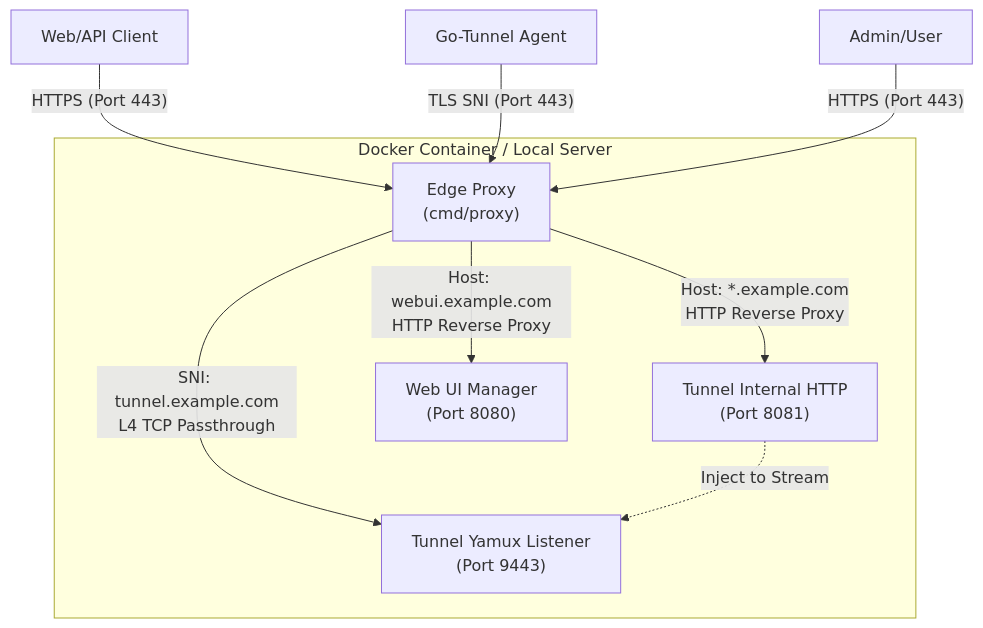
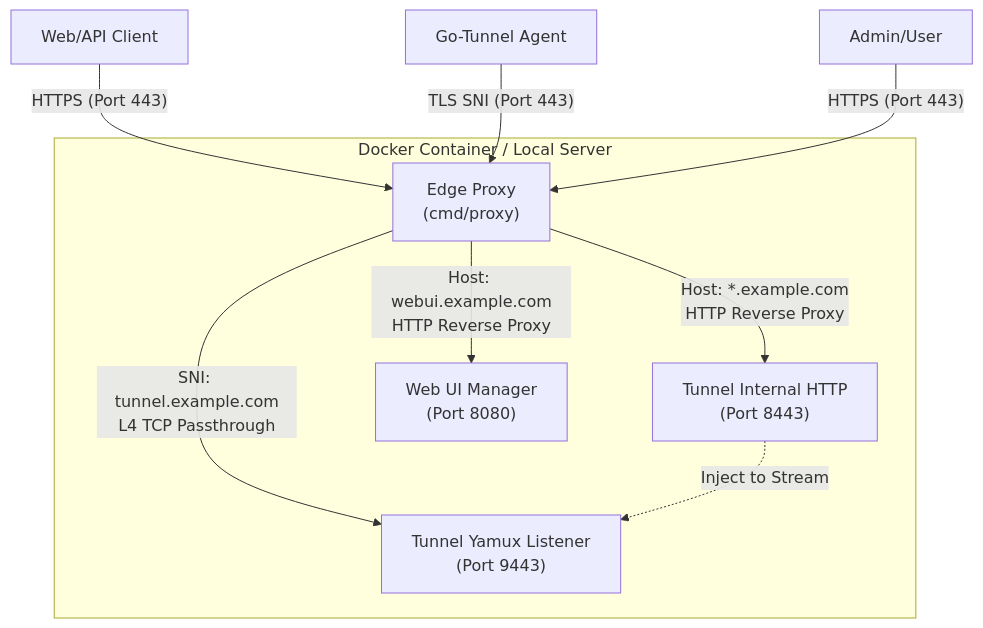
Before and after one commit to kal72/go-tunnel: the diagram in README.md, drawn with Mermaid. The commit also changed other lines of this file and 14 other files, not shown here.

Commit message:
refactor: unify proxy network configuration by removing Postgres dependency and adding distinct HTTP/HTTPS ports

````diff
--- a/README.md
+++ b/README.md
@@ -131,14 +131,14 @@
 ```mermaid
 graph TD
     Client[Web/API Client] -->|"HTTPS (Port 443)"| EdgeProxy["Edge Proxy<br>(cmd/proxy)"]
     Agent[Go-Tunnel Agent] -->|"TLS SNI (Port 443)"| EdgeProxy
     Admin[Admin/User] -->|"HTTPS (Port 443)"| EdgeProxy
 
     subgraph "Docker Container / Local Server"
-        EdgeProxy -- "Host: *.example.com<br>HTTP Reverse Proxy" --> TunnelHttp["Tunnel Internal HTTP<br>(Port 8081)"]
+        EdgeProxy -- "Host: *.example.com<br>HTTP Reverse Proxy" --> TunnelHttp["Tunnel Internal HTTP<br>(Port 8443)"]
         EdgeProxy -- "Host: webui.example.com<br>HTTP Reverse Proxy" --> WebUI["Web UI Manager<br>(Port 8080)"]
         EdgeProxy -- "SNI: tunnel.example.com<br>L4 TCP Passthrough" --> TunnelTCP["Tunnel Yamux Listener<br>(Port 9443)"]
         
         TunnelHttp -.->|"Inject to Stream"| TunnelTCP
     end
 ```
````
